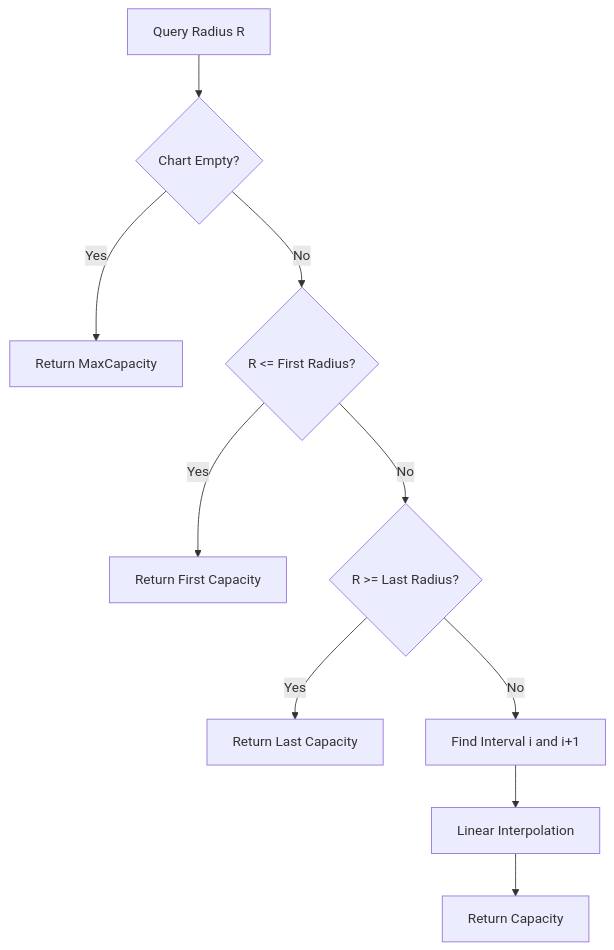
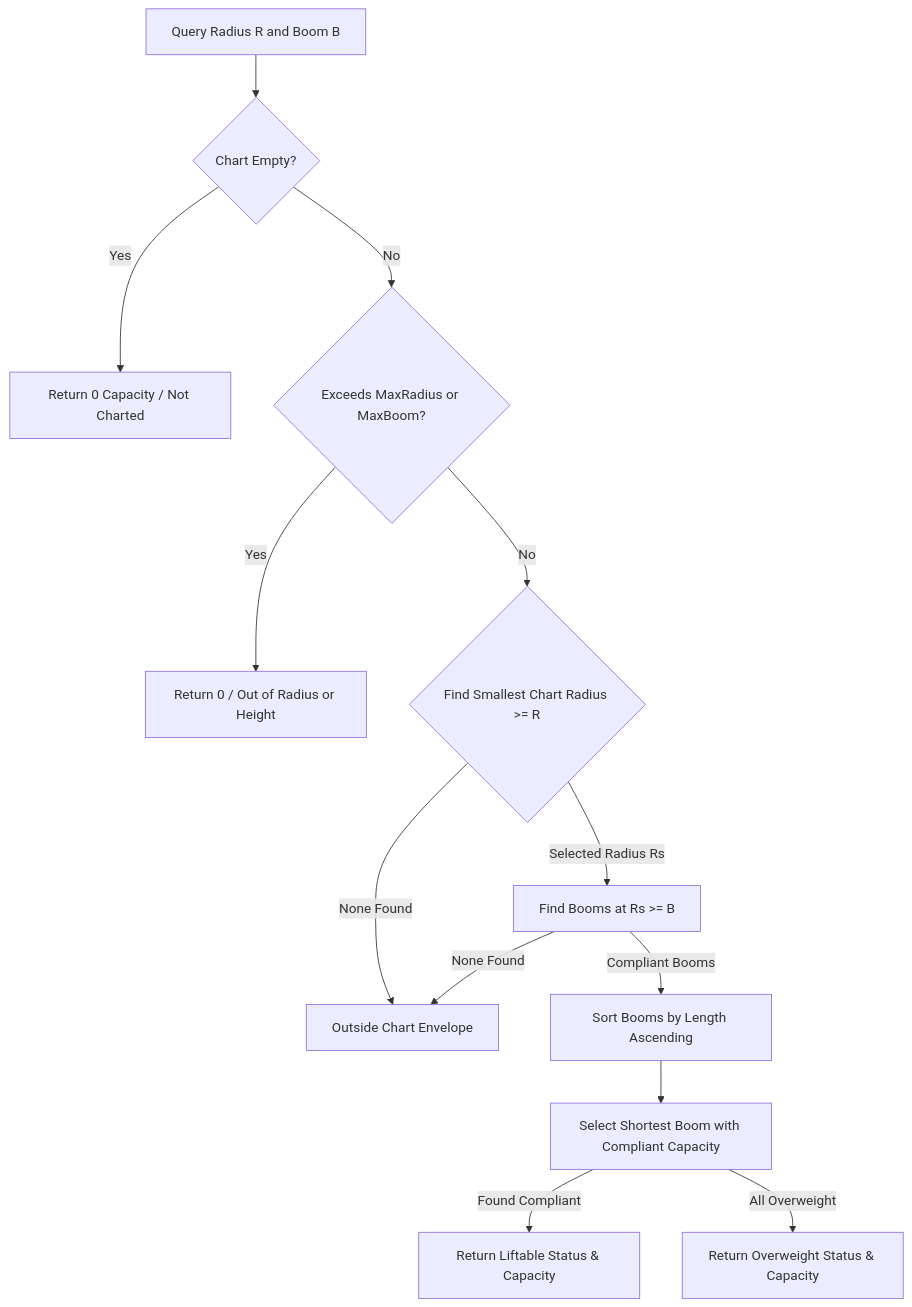
One commit to ITI-intake46/CranePathOptimizer changed the diagram in docs/domain/crane-engine.md. Above: the diagram before and after it, drawn with Mermaid. The commit also changed other lines of this file and 23 other files, not shown here.

First line of the commit message:
docs: add comprehensive architectural and technical debt review

````diff
--- a/docs/domain/crane-engine.md
+++ b/docs/domain/crane-engine.md
@@ -22,12 +22,15 @@
 ```mermaid
 graph TD
-    Query[Query Radius R] --> CheckEmpty{Chart Empty?}
-    CheckEmpty -- Yes --> MaxCap[Return MaxCapacity]
-    CheckEmpty -- No --> CheckLower{R <= First Radius?}
-    CheckLower -- Yes --> ReturnFirst[Return First Capacity]
-    CheckLower -- No --> CheckUpper{R >= Last Radius?}
-    CheckUpper -- Yes --> ReturnLast[Return Last Capacity]
-    CheckUpper -- No --> FindInterval[Find Interval i and i+1]
-    FindInterval --> Interpolate[Linear Interpolation]
-    Interpolate --> ReturnValue[Return Capacity]
+    Query[Query Radius R and Boom B] --> CheckEmpty{Chart Empty?}
+    CheckEmpty -- Yes --> Fail[Return 0 Capacity / Not Charted]
+    CheckEmpty -- No --> ReachCheck{Exceeds MaxRadius or MaxBoom?}
+    ReachCheck -- Yes --> FailReach[Return 0 / Out of Radius or Height]
+    ReachCheck -- No --> FindRadius{Find Smallest Chart Radius >= R}
+    FindRadius -- None Found --> FailEnvelope[Outside Chart Envelope]
+    FindRadius -- Selected Radius Rs --> FilterBooms[Find Booms at Rs >= B]
+    FilterBooms -- None Found --> FailEnvelope
+    FilterBooms -- Compliant Booms --> SortBooms[Sort Booms by Length Ascending]
+    SortBooms --> SelectShortest[Select Shortest Boom with Compliant Capacity]
+    SelectShortest -- Found Compliant --> Success[Return Liftable Status & Capacity]
+    SelectShortest -- All Overweight --> Overweight[Return Overweight Status & Capacity]
 ```
````
